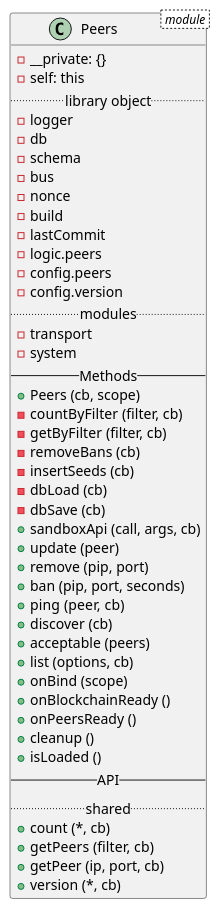
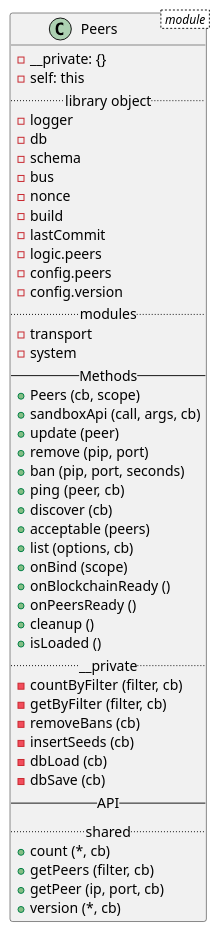
One commit to LucasIsasmendi/lisk-core-plantuml changed the diagram in class/classes/modules/peers.puml. Above: the diagram before and after it, drawn with PlantUML. The commit also changed 18 other files, not shown here.

```diff
--- a/class/classes/modules/peers.puml
+++ b/class/classes/modules/peers.puml
@@ -1,47 +1,48 @@
 @startuml
 class Peers < module > {
   - __private: {}
   - self: this
   .. library object ..
   - logger
   - db
   - schema
   - bus
   - nonce
   - build
   - lastCommit
   - logic.peers
   - config.peers
   - config.version
   .. modules ..
   - transport
   - system
   -- Methods --
   + Peers (cb, scope)
-  - countByFilter (filter, cb)
-  - getByFilter (filter, cb)
-  - removeBans (cb)
-  - insertSeeds (cb)
-  - dbLoad (cb)
-  - dbSave (cb)
   + sandboxApi (call, args, cb)
   + update (peer)
   + remove (pip, port)
   + ban (pip, port, seconds)
   + ping (peer, cb)
   + discover (cb)
   + acceptable (peers)
   + list (options, cb)
   + onBind (scope)
   + onBlockchainReady ()
   + onPeersReady ()
   + cleanup ()
   + isLoaded ()
+  .. __private ..
+  - countByFilter (filter, cb)
+  - getByFilter (filter, cb)
+  - removeBans (cb)
+  - insertSeeds (cb)
+  - dbLoad (cb)
+  - dbSave (cb)
   -- API --
   .. shared ..
   + count (*, cb)
   + getPeers (filter, cb)
   + getPeer (ip, port, cb)
   + version (*, cb)
 }
 @enduml
```
